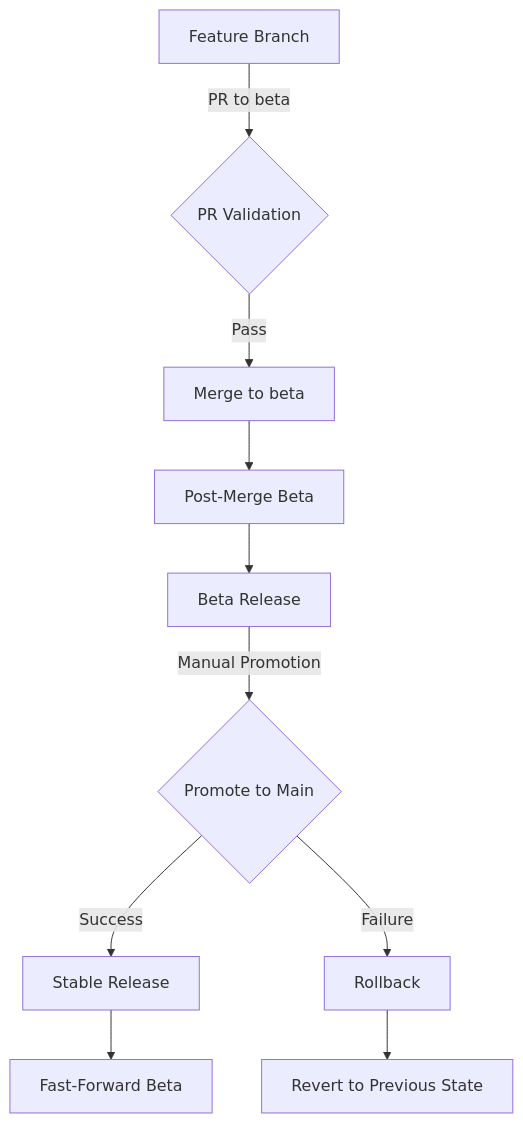
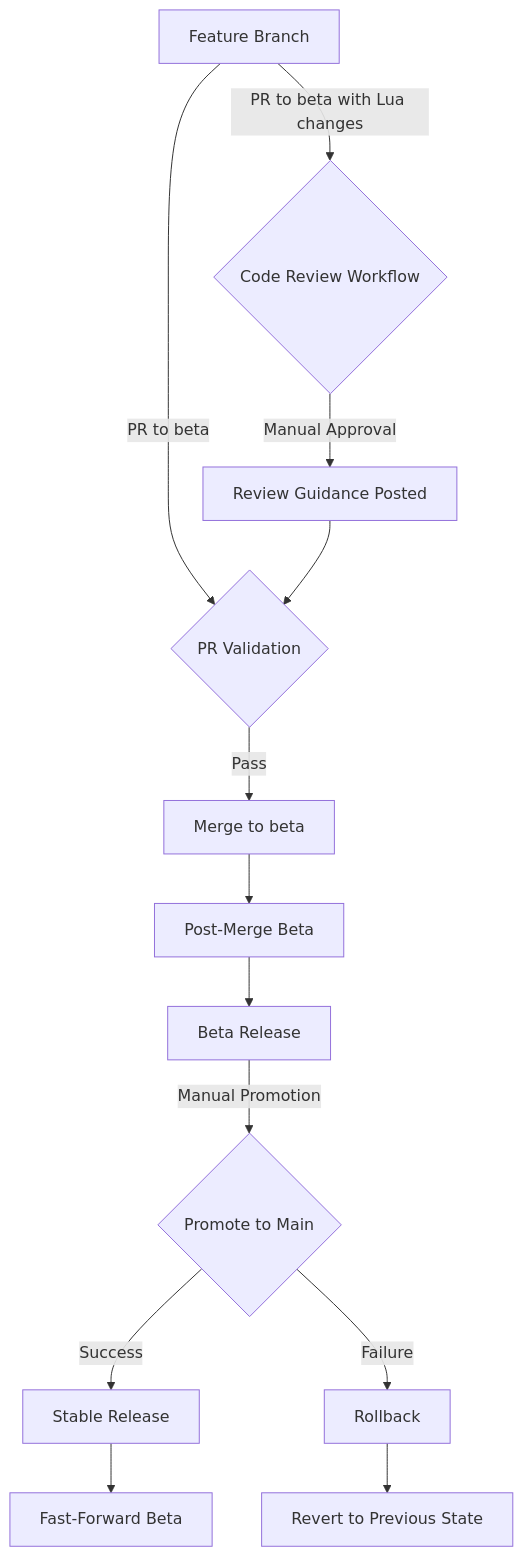
One commit to OsulivanAB/SpectrumFederation changed the first of 2 diagrams in docs/development/getting-started/workflows.md. Above: the diagram before and after it, drawn with Mermaid. The commit also changed other lines of this file, not shown here.

Commit message:
Document PR beta code review workflow

````diff
--- a/docs/development/getting-started/workflows.md
+++ b/docs/development/getting-started/workflows.md
@@ -7,12 +7,15 @@
 ```mermaid
 graph TB
     A[Feature Branch] -->|PR to beta| B{PR Validation}
+    A -->|PR to beta with Lua changes| B1{Code Review Workflow}
+    B1 -->|Manual Approval| B2[Review Guidance Posted]
+    B2 --> B
     B -->|Pass| C[Merge to beta]
     C --> D[Post-Merge Beta]
     D --> E[Beta Release]
     E -->|Manual Promotion| F{Promote to Main}
     F -->|Success| G[Stable Release]
     F -->|Failure| H[Rollback]
     H --> I[Revert to Previous State]
     G --> J[Fast-Forward Beta]
 ```
````
